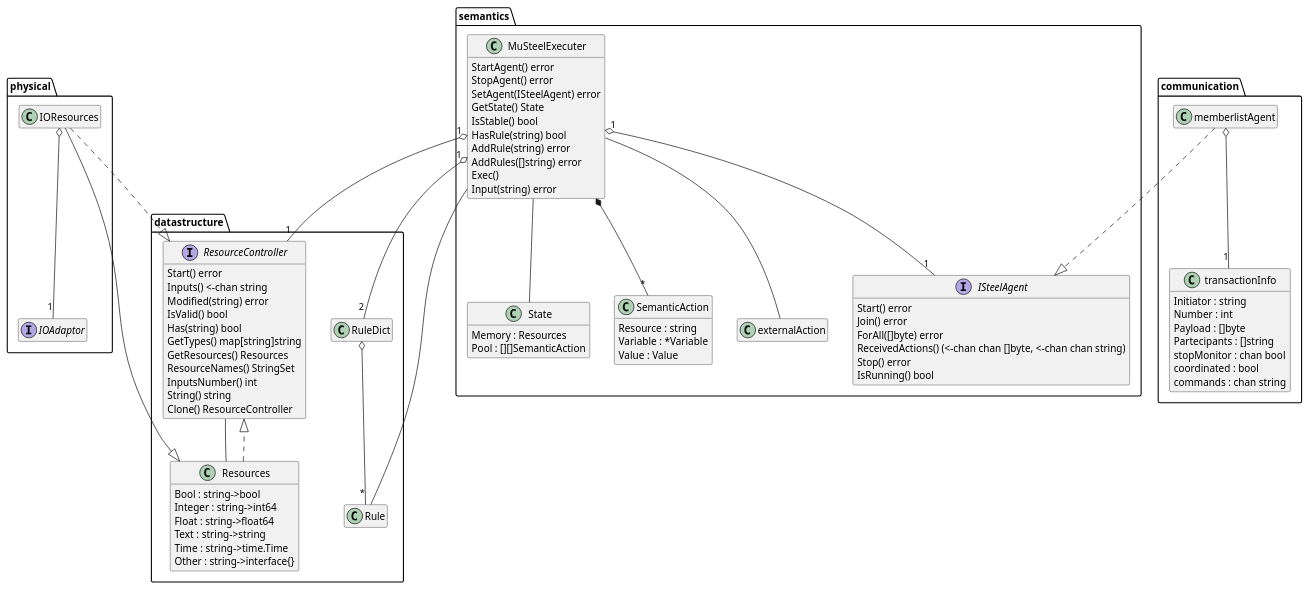
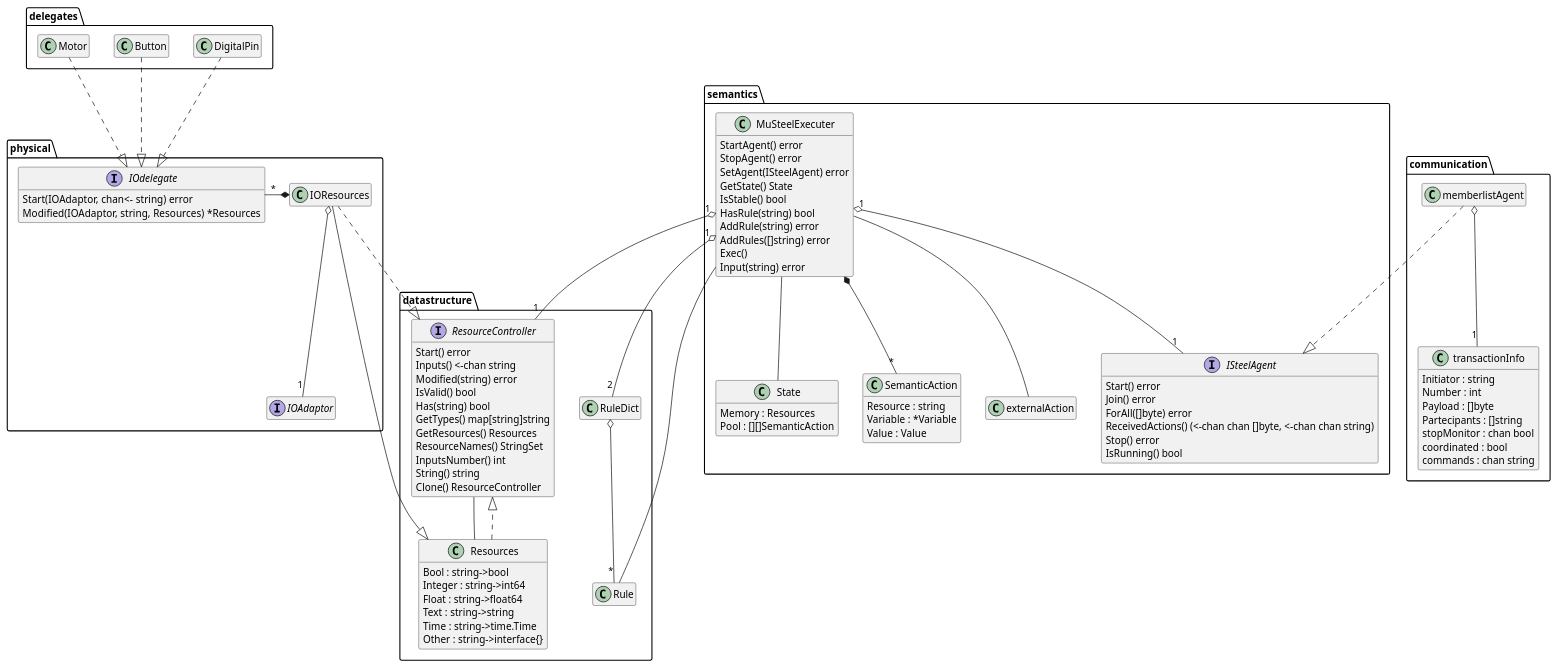
Before and after one commit to abu-lang/goabu: the diagram in docs/class_diagram.puml, drawn with PlantUML. The commit also changed 1 other file, not shown here.

Commit message:
updated class diagram with physical/delegates

```diff
--- a/docs/class_diagram.puml
+++ b/docs/class_diagram.puml
@@ -1,109 +1,124 @@
 @startuml
 hide empty members
+
+package delegates {
+    class DigitalPin
+    class Button
+    class Motor
+}
 
 package physical {
     class IOResources {
         adaptor : IOAdaptor
     }
     hide IOResources attributes
     interface IOAdaptor
+    interface IOdelegate {
+        Start(IOAdaptor, chan<- string) error
+        Modified(IOAdaptor, string, Resources) *Resources
+    }
     IOResources o-- "1" IOAdaptor
+    IOdelegate "*" -* IOResources
 }
 
 package datastructure {
     class Rule
     class RuleDict
     interface ResourceController {
         Start() error
 	    Inputs() <-chan string
 	    Modified(string) error
 	    IsValid() bool
 	    Has(string) bool
 	    GetTypes() map[string]string
 	    GetResources() Resources
 	    ResourceNames() StringSet
 	    InputsNumber() int
 	    String() string
 	    Clone() ResourceController
     }
     class Resources {
         Bool : string->bool
 	    Integer : string->int64
 	    Float : string->float64
 	    Text : string->string
 	    Time : string->time.Time
 	    Other : string->interface{}
     }
     RuleDict o-- "*" Rule
     Resources ..|> ResourceController
     ResourceController -- Resources
 }
 
 package semantics {
     class State {
         Memory : Resources
 	    Pool : [][]SemanticAction
     }
     class MuSteelExecuter {
         memory : ResourceController
         pool : [][]SemanticAction
         agent : ISteelAgent
         localLibrary : string->RuleDict
         globalLibrary : string->RuleDict
 
         StartAgent() error
         StopAgent() error
         SetAgent(ISteelAgent) error
         GetState() State
         IsStable() bool
         HasRule(string) bool
         AddRule(string) error
         AddRules([]string) error
         Exec()
         Input(string) error
     }
     hide MuSteelExecuter attributes
     interface ISteelAgent {
         Start() error
 	    Join() error
 	    ForAll([]byte) error
 	    ReceivedActions() (<-chan chan []byte, <-chan chan string)
 	    Stop() error
 	    IsRunning() bool
     }
     class SemanticAction {
         Resource : string
         Variable : *Variable
         Value : Value
     }
     class externalAction
 
     MuSteelExecuter "1" o-- "1" ISteelAgent
     MuSteelExecuter *-- "*" SemanticAction
     MuSteelExecuter -- externalAction
     MuSteelExecuter -- State
 }
 
 package communication {
     class memberlistAgent
     class transactionInfo {
 	    Initiator : string
 	    Number : int
 	    Payload : []byte
 	    Partecipants : []string
 	    stopMonitor : chan bool
 	    coordinated : bool
 	    commands : chan string
     }
     memberlistAgent o-- "1" transactionInfo
 }
 
+DigitalPin ..|> IOdelegate
+Button ..|> IOdelegate
+Motor ..|> IOdelegate
+
 IOResources ..|> ResourceController
 IOResources --|> Resources
 
 MuSteelExecuter "1" o-- "1" ResourceController
 MuSteelExecuter "1" o-- "2" RuleDict
 MuSteelExecuter -- Rule
 
 memberlistAgent ..|> ISteelAgent
 @enduml
```
